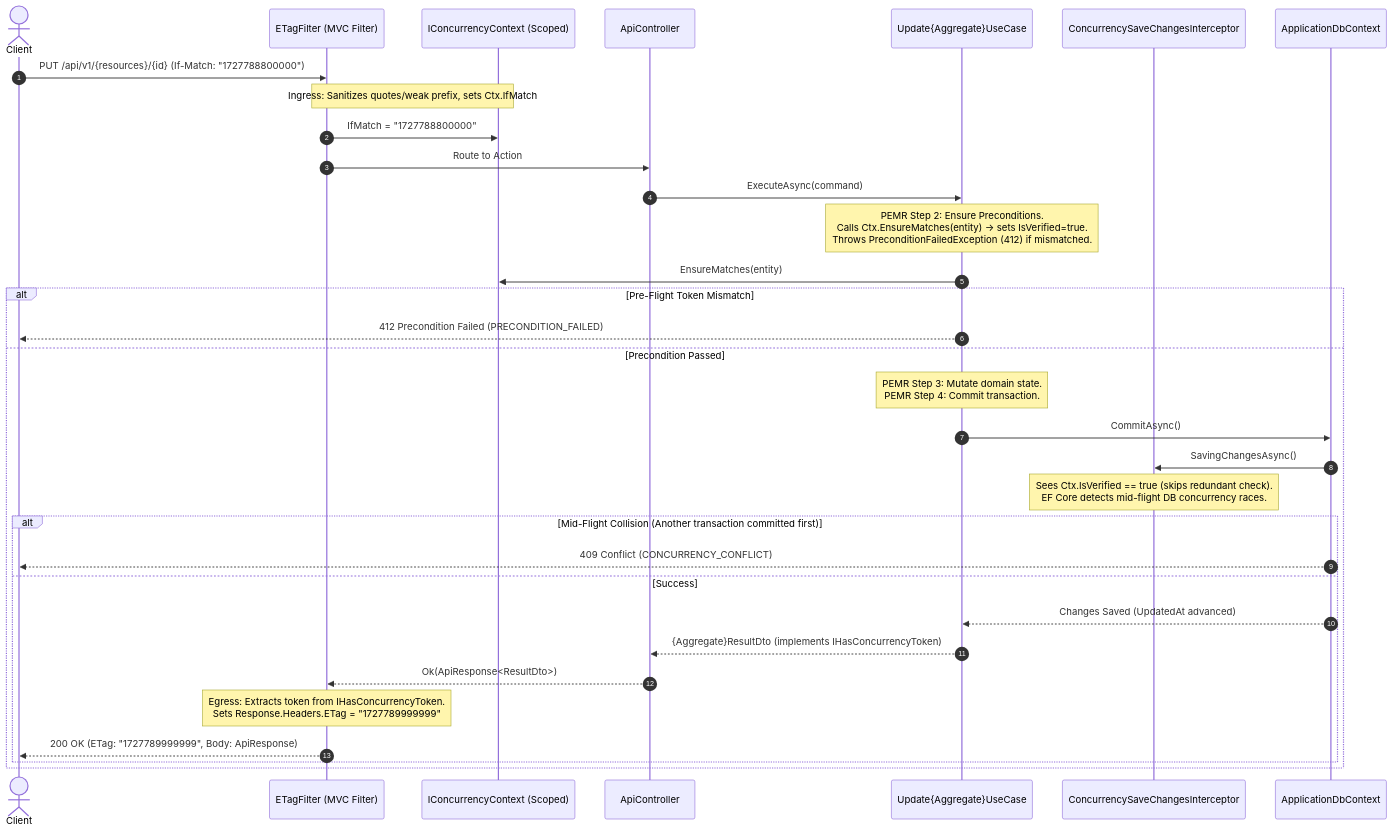
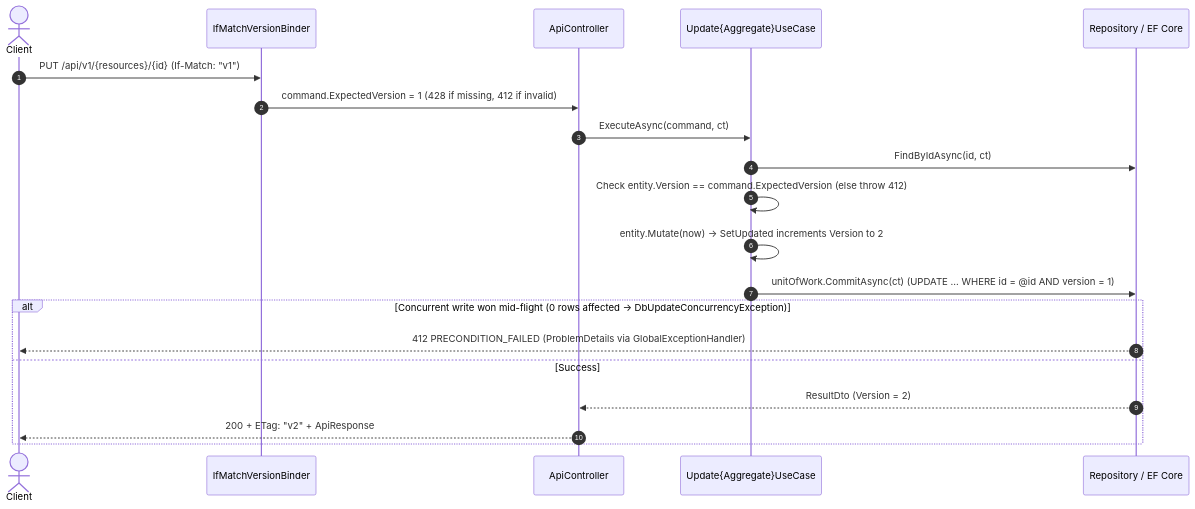
The diagram in specs/00_architecture_core/06_api_contract_standards.md (suang05/doc_template), drawn with Mermaid before and after one commit. The commit also changed other lines of this file and 17 other files, not shown here.

Commit message:
feat: add backend v2 build configuration, banned symbols, and core architecture specifications

````diff
--- a/specs/00_architecture_core/06_api_contract_standards.md
+++ b/specs/00_architecture_core/06_api_contract_standards.md
@@ -124,36 +137,22 @@
 ```mermaid
 sequenceDiagram
     autonumber
     actor Client
-    participant ETagFilter as ETagFilter (MVC Filter)
-    participant Ctx as IConcurrencyContext (Scoped)
+    participant Binder as IfMatchVersionBinder
     participant Controller as ApiController
     participant UseCase as Update{Aggregate}UseCase
-    participant Interceptor as ConcurrencySaveChangesInterceptor
-    participant DbContext as ApplicationDbContext
-
-    Client->>ETagFilter: PUT /api/v1/{resources}/{id} (If-Match: "1727788800000")
-    Note over ETagFilter,Ctx: Ingress: Sanitizes quotes/weak prefix, sets Ctx.IfMatch
-    ETagFilter->>Ctx: IfMatch = "1727788800000"
-    ETagFilter->>Controller: Route to Action
-    Controller->>UseCase: ExecuteAsync(command)
-    Note over UseCase: PEMR Step 2: Ensure Preconditions.<br/>Calls Ctx.EnsureMatches(entity) -> sets IsVerified=true.<br/>Throws PreconditionFailedException (412) if mismatched.
-    UseCase->>Ctx: EnsureMatches(entity)
-    alt Pre-Flight Token Mismatch
-        UseCase-->>Client: 412 Precondition Failed (PRECONDITION_FAILED)
-    else Precondition Passed
-        Note over UseCase: PEMR Step 3: Mutate domain state.<br/>PEMR Step 4: Commit transaction.
-        UseCase->>DbContext: CommitAsync()
-        DbContext->>Interceptor: SavingChangesAsync()
-        Note over Interceptor: Sees Ctx.IsVerified == true (skips redundant check).<br/>EF Core detects mid-flight DB concurrency races.
-        alt Mid-Flight Collision (Another transaction committed first)
-            DbContext-->>Client: 409 Conflict (CONCURRENCY_CONFLICT)
-        else Success
-            DbContext-->>UseCase: Changes Saved (UpdatedAt advanced)
-            UseCase-->>Controller: {Aggregate}ResultDto (implements IHasConcurrencyToken)
-            Controller-->>ETagFilter: Ok(ApiResponse<ResultDto>)
-            Note over ETagFilter: Egress: Extracts token from IHasConcurrencyToken.<br/>Sets Response.Headers.ETag = "1727789999999"
-            ETagFilter-->>Client: 200 OK (ETag: "1727789999999", Body: ApiResponse)
-        end
+    participant Repo as Repository / EF Core
+    Client->>Binder: PUT /api/v1/{resources}/{id} (If-Match: "v1")
+    Binder->>Controller: command.ExpectedVersion = 1 (428 if missing, 412 if invalid)
+    Controller->>UseCase: ExecuteAsync(command, ct)
+    UseCase->>Repo: FindByIdAsync(id, ct)
+    UseCase->>UseCase: Check entity.Version == command.ExpectedVersion (else throw 412)
+    UseCase->>UseCase: entity.Mutate(now) -> SetUpdated increments Version to 2
+    UseCase->>Repo: unitOfWork.CommitAsync(ct) (UPDATE ... WHERE id = @id AND version = 1)
+    alt Concurrent write won mid-flight (0 rows affected -> DbUpdateConcurrencyException)
+        Repo-->>Client: 412 PRECONDITION_FAILED (ProblemDetails via GlobalExceptionHandler)
+    else Success
+        Repo-->>Controller: ResultDto (Version = 2)
+        Controller-->>Client: 200 + ETag: "v2" + ApiResponse
     end
 ```
````
